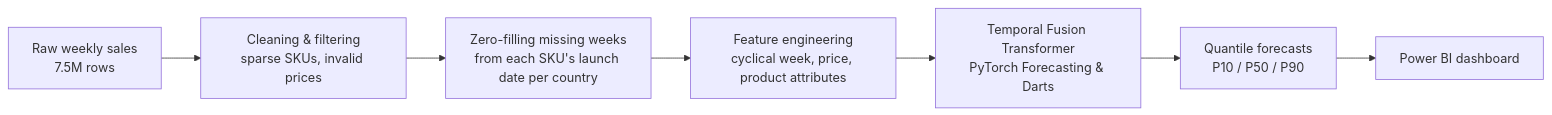
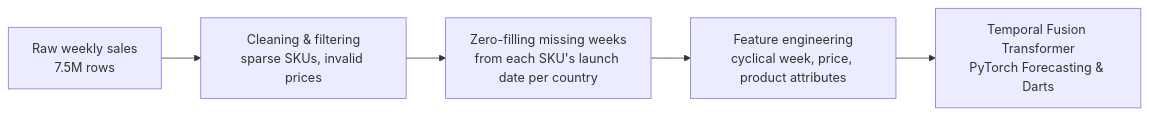
One commit to EthanBitton/luxury-demand-forecasting-tft changed the diagram in README.md. Above: the diagram before and after it, drawn with Mermaid. The commit also changed other lines of this file, not shown here.

````diff
--- a/README.md
+++ b/README.md
@@ -29,9 +29,7 @@
 ```mermaid
 flowchart LR
     A["Raw weekly sales<br/>7.5M rows"] --> B["Cleaning & filtering<br/>sparse SKUs, invalid prices"]
     B --> C["Zero-filling missing weeks<br/>from each SKU's launch date per country"]
     C --> D["Feature engineering<br/>cyclical week, price, product attributes"]
     D --> E["Temporal Fusion Transformer<br/>PyTorch Forecasting & Darts"]
-    E --> F["Quantile forecasts<br/>P10 / P50 / P90"]
-    F --> G["Power BI dashboard"]
 ```
````
